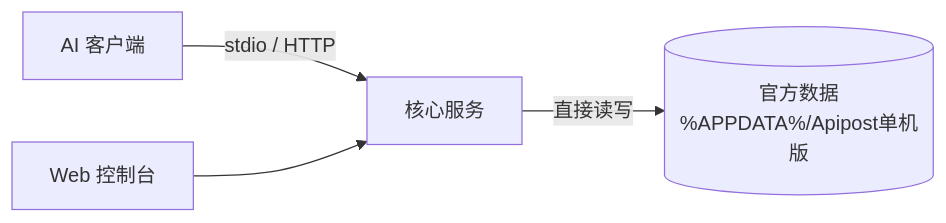
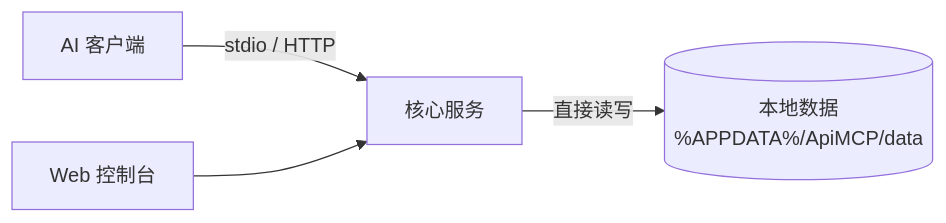
The second of 2 diagrams in README.md (Zhenbin24/Api-MCP), drawn with Mermaid before and after one commit. The commit also changed other lines of this file and 59 other files, not shown here.

````diff
--- a/README.md
+++ b/README.md
@@ -197,6 +331,6 @@
 ```mermaid
 flowchart LR
   Agent[AI 客户端] -->|stdio / HTTP| Core[核心服务]
   UI[Web 控制台] --> Core
-  Core -->|直接读写| Official[(官方数据<br/>%APPDATA%/Apipost单机版)]
+  Core -->|直接读写| Data[(本地数据<br/>%APPDATA%/ApiMCP/data)]
 ```
````
